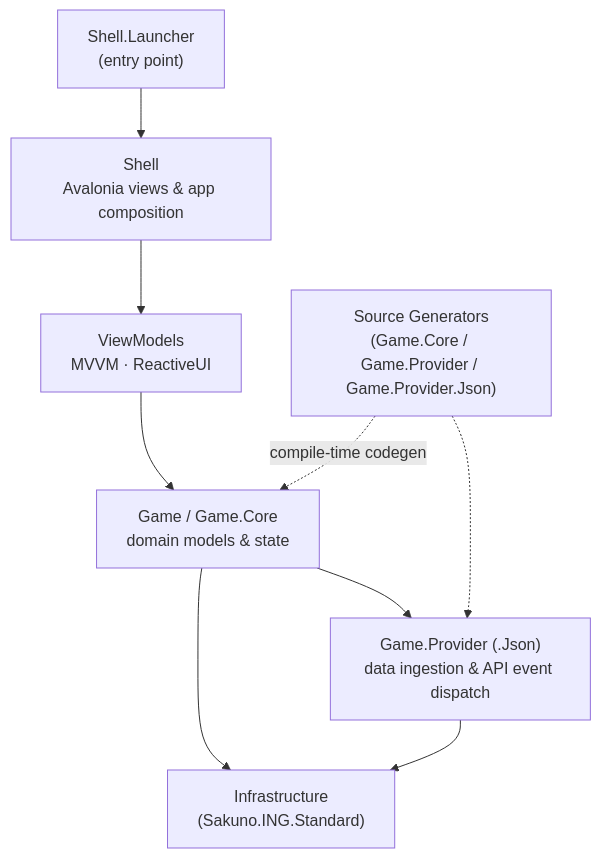
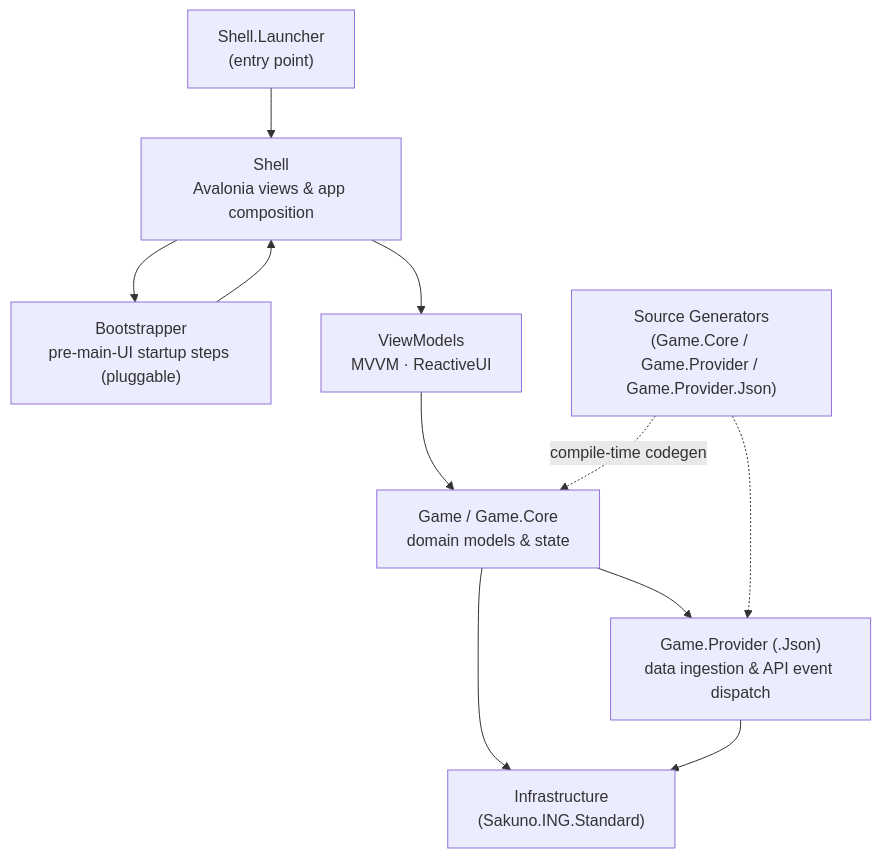
One commit to amatukaze/ing changed the diagram in README.md. Above: the diagram before and after it, drawn with Mermaid. The commit also changed other lines of this file and 15 other files, not shown here.

Commit message:
Add bootstrapper for pre-main-UI startup steps

````diff
--- a/README.md
+++ b/README.md
@@ -20,11 +20,13 @@
 ```mermaid
 graph TD
     Launcher["Shell.Launcher<br/>(entry point)"] --> Shell["Shell<br/>Avalonia views & app composition"]
+    Shell --> Bootstrap["Bootstrapper<br/>pre-main-UI startup steps (pluggable)"]
+    Bootstrap --> Shell
     Shell --> VM["ViewModels<br/>MVVM · ReactiveUI"]
     VM --> Game["Game / Game.Core<br/>domain models & state"]
     Game --> Provider["Game.Provider (.Json)<br/>data ingestion & API event dispatch"]
     Game --> Infra["Infrastructure<br/>(Sakuno.ING.Standard)"]
     Provider --> Infra
     SG["Source Generators<br/>(Game.Core / Game.Provider / Game.Provider.Json)"] -. "compile-time codegen" .-> Game
     SG -.-> Provider
 ```
````
